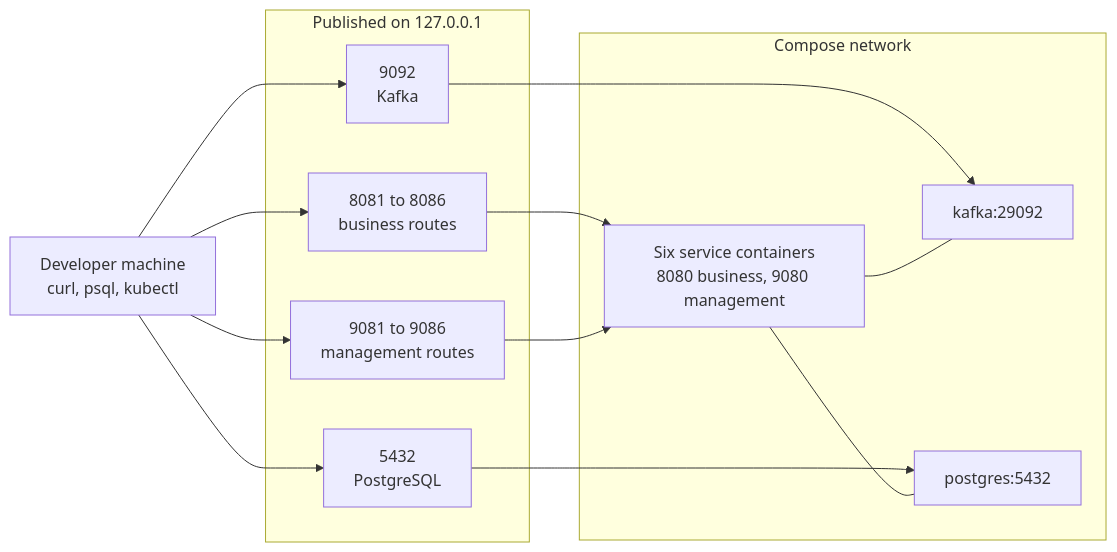
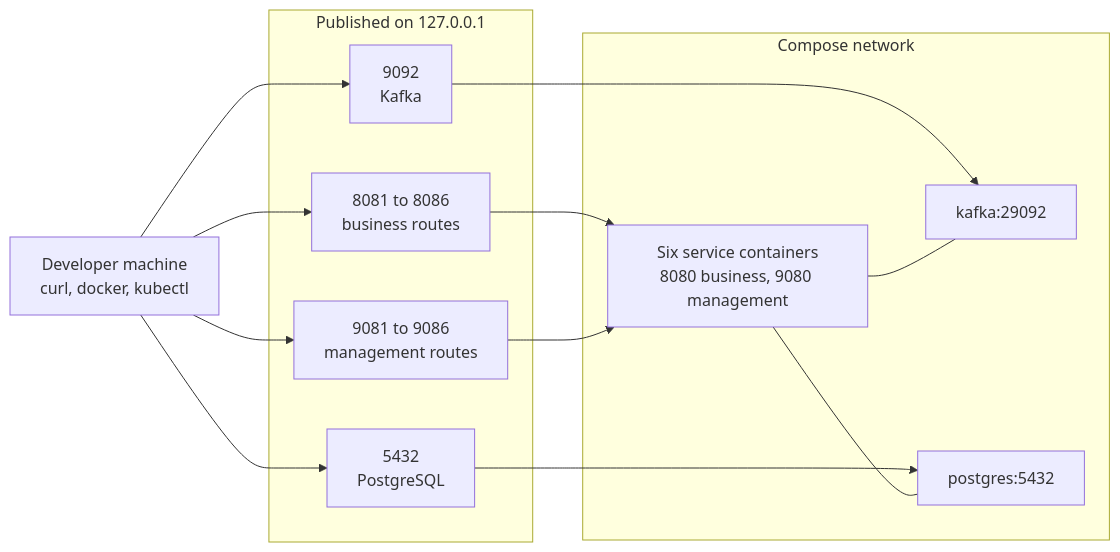
The diagram in card-platform/docs/onboarding.md (blitzy-public-samples/aws-carddemo-blitzy), drawn with Mermaid before and after one commit. The commit also changed other lines of this file and 36 other files, not shown here.

````diff
--- a/card-platform/docs/onboarding.md
+++ b/card-platform/docs/onboarding.md
@@ -255,24 +262,24 @@
 ```mermaid
 graph LR
-    DEV["Developer machine<br/>curl, psql, kubectl"]
+    DEV["Developer machine<br/>curl, docker, kubectl"]
 
     subgraph HOST["Published on 127.0.0.1"]
         BUS["8081 to 8086<br/>business routes"]
         MGMT["9081 to 9086<br/>management routes"]
         KHOST["9092<br/>Kafka"]
         DHOST["5432<br/>PostgreSQL"]
     end
 
     subgraph NET["Compose network"]
         SVC["Six service containers<br/>8080 business, 9080 management"]
         KAFKA["kafka:29092"]
         DB["postgres:5432"]
     end
 
     DEV --> BUS --> SVC
     DEV --> MGMT --> SVC
     DEV --> KHOST --> KAFKA
     DEV --> DHOST --> DB
     SVC --- KAFKA
     SVC --- DB
 ```
````
